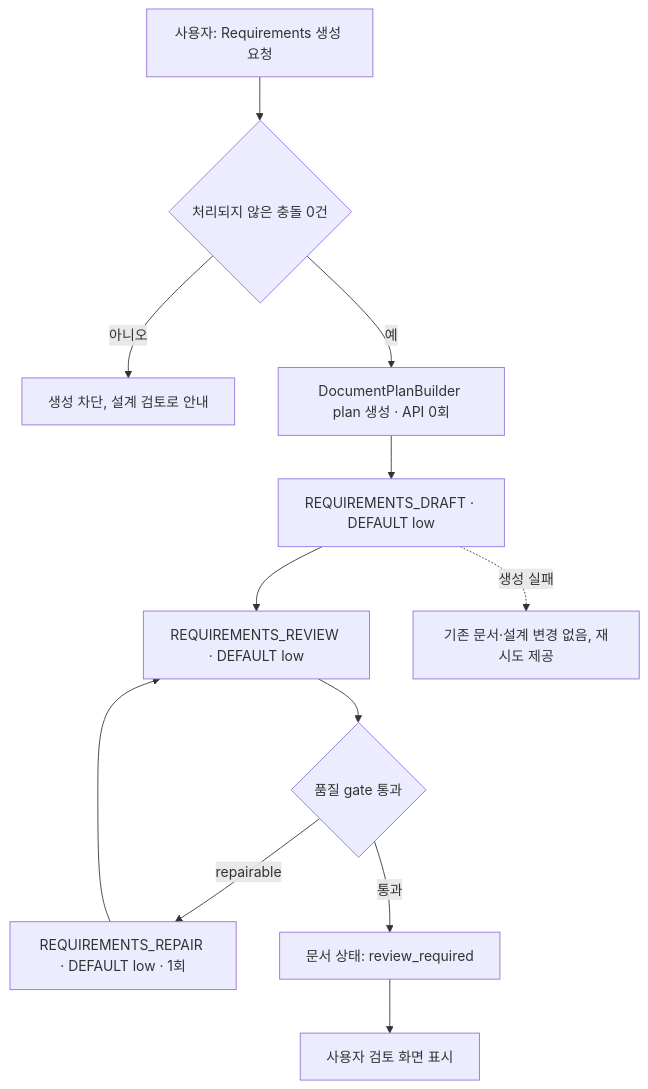
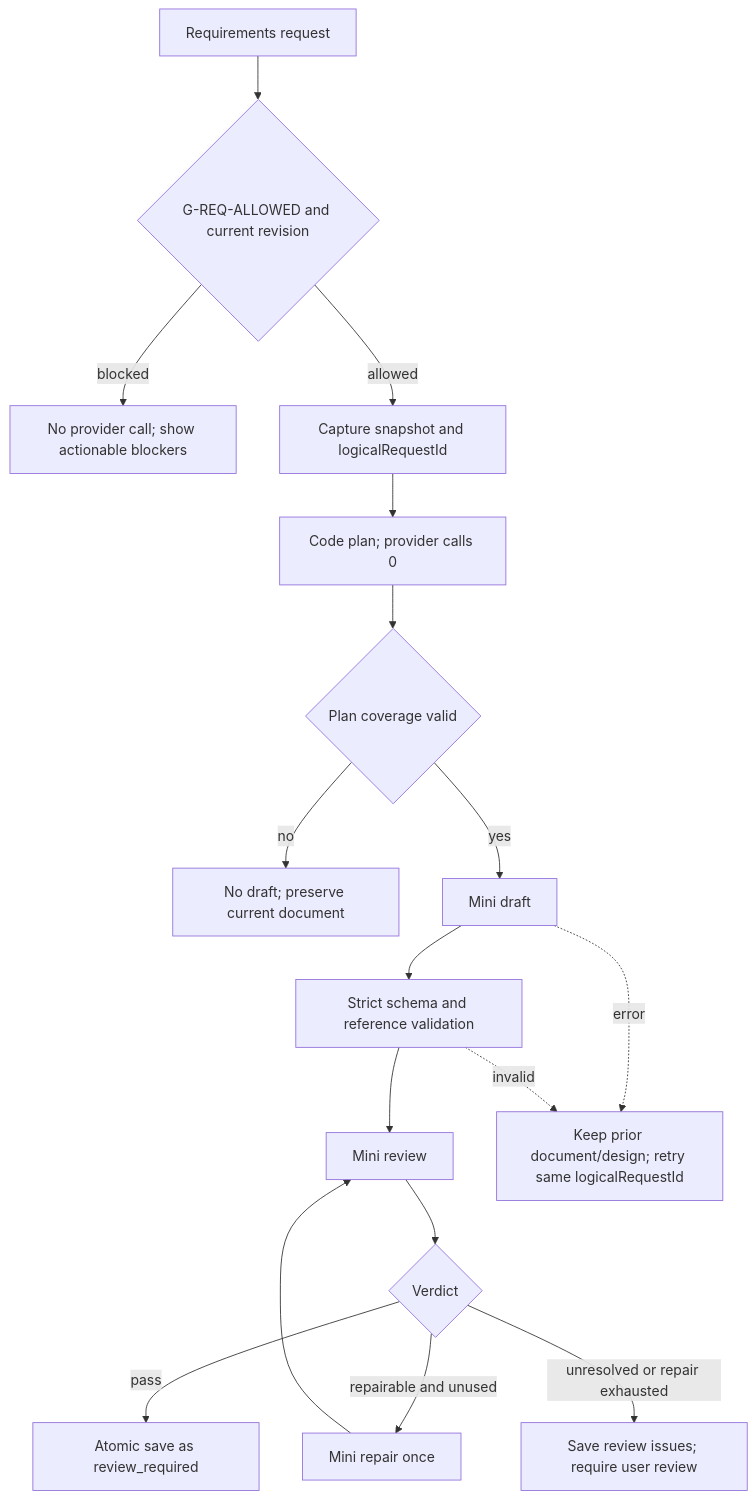
The diagram in docs/tasks/DOC-PR-01/plan.md (donghyunlee-dev/ai-agent-blueprint), drawn with Mermaid before and after one commit. The commit also changed other lines of this file and 1 other file, not shown here.

Commit message:
Record Requirements generation validation

````diff
--- a/docs/tasks/DOC-PR-01/plan.md
+++ b/docs/tasks/DOC-PR-01/plan.md
@@ -58,14 +49,19 @@
 ```mermaid
 flowchart TD
-    A[사용자: Requirements 생성 요청] --> B{처리되지 않은 충돌 0건}
-    B -- 아니오 --> Z1[생성 차단, 설계 검토로 안내]
-    B -- 예 --> C[DocumentPlanBuilder plan 생성 · API 0회]
-    C --> D[REQUIREMENTS_DRAFT · DEFAULT low]
-    D --> E[REQUIREMENTS_REVIEW · DEFAULT low]
-    E --> F{품질 gate 통과}
-    F -- repairable --> G[REQUIREMENTS_REPAIR · DEFAULT low · 1회]
-    G --> E
-    F -- 통과 --> H[문서 상태: review_required]
-    H --> I[사용자 검토 화면 표시]
-    D -. 생성 실패 .-> Z2[기존 문서·설계 변경 없음, 재시도 제공]
+  A[Requirements request] --> B{G-REQ-ALLOWED and current revision}
+  B -- blocked --> X[No provider call; show actionable blockers]
+  B -- allowed --> C[Capture snapshot and logicalRequestId]
+  C --> D[Code plan; provider calls 0]
+  D --> E{Plan coverage valid}
+  E -- no --> Y[No draft; preserve current document]
+  E -- yes --> F[Mini draft]
+  F --> G[Strict schema and reference validation]
+  G --> H[Mini review]
+  H --> I{Verdict}
+  I -- repairable and unused --> J[Mini repair once]
+  J --> H
+  I -- pass --> K[Atomic save as review_required]
+  I -- unresolved or repair exhausted --> L[Save review issues; require user review]
+  F -. error .-> M[Keep prior document/design; retry same logicalRequestId]
+  G -. invalid .-> M
 ```
````
